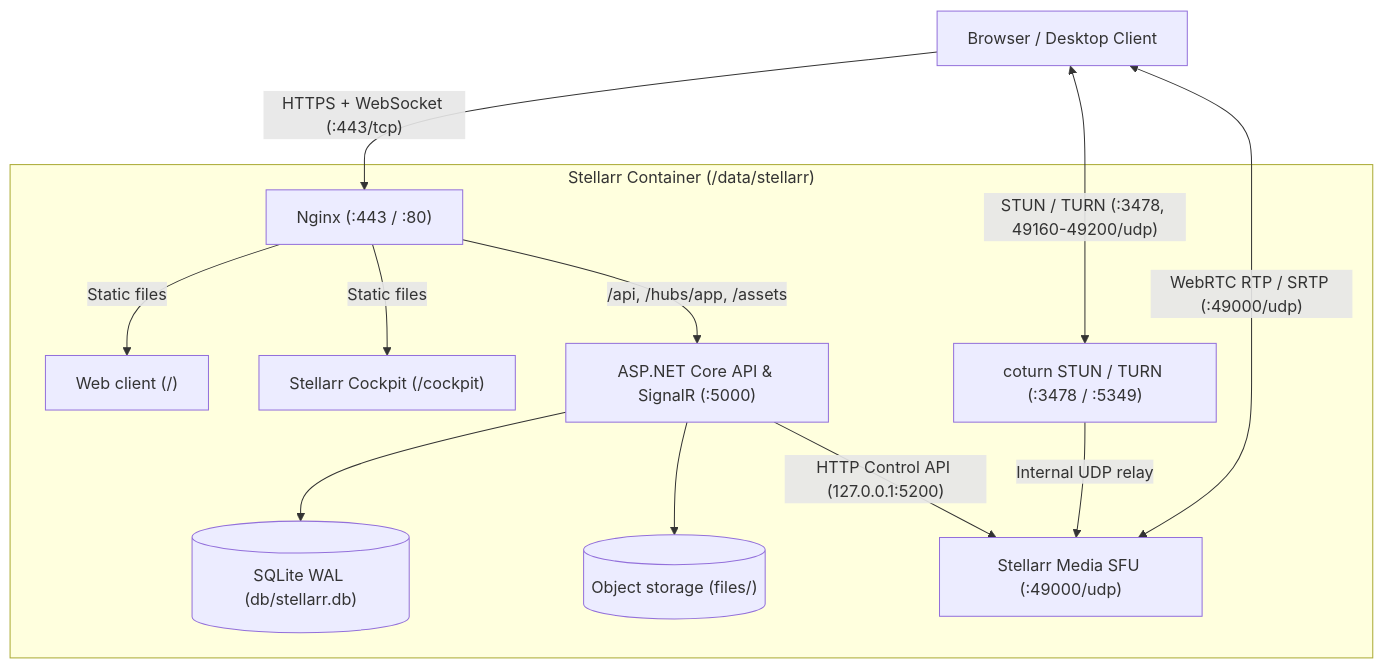
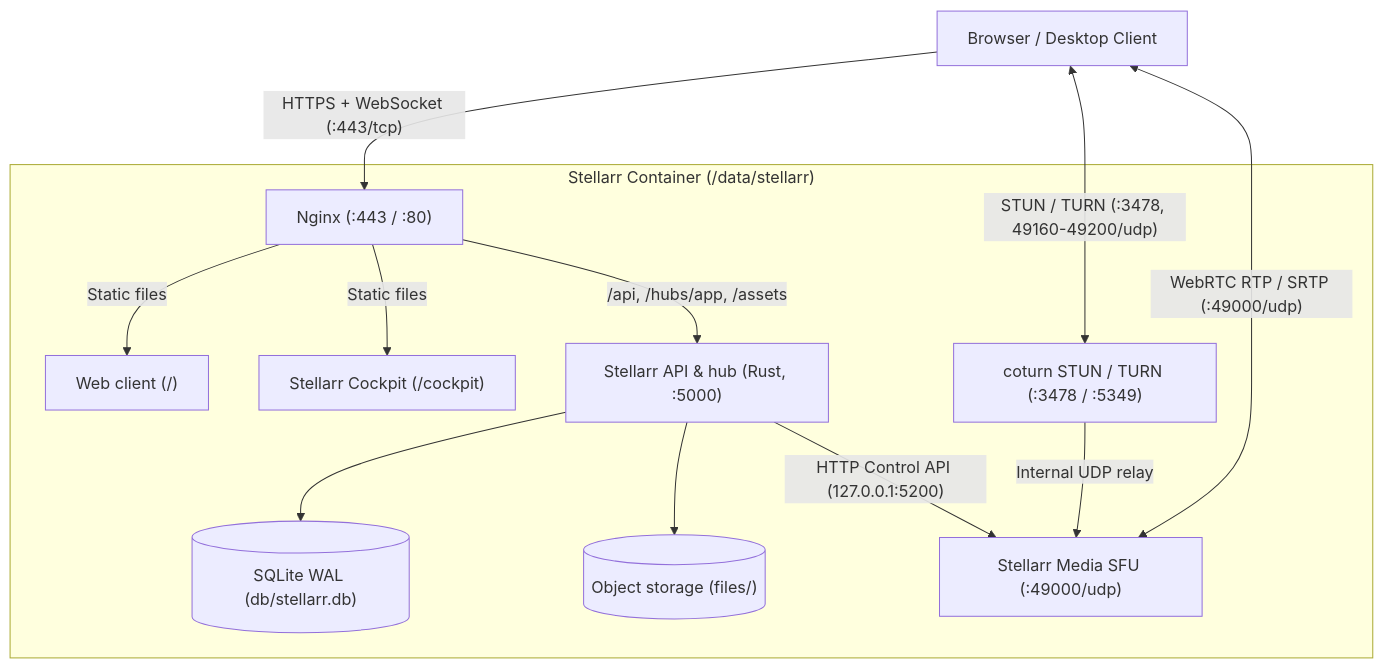
One commit to Arkazzae/Stellar changed the diagram in docs/architecture.md. Above: the diagram before and after it, drawn with Mermaid. The commit also changed other lines of this file and 8 other files, not shown here.

````diff
--- a/docs/architecture.md
+++ b/docs/architecture.md
@@ -9,27 +9,27 @@
 ```mermaid
 flowchart TD
     Browser["Browser / Desktop Client"]
 
     subgraph Container["Stellarr Container (/data/stellarr)"]
         Nginx["Nginx (:443 / :80)"]
         Web["Web client (/)"]
         Cockpit["Stellarr Cockpit (/cockpit)"]
-        Api["ASP.NET Core API & SignalR (:5000)"]
+        Api["Stellarr API & hub (Rust, :5000)"]
         Sqlite[("SQLite WAL (db/stellarr.db)")]
         Files[("Object storage (files/)")]
         Coturn["coturn STUN / TURN (:3478 / :5349)"]
         Media["Stellarr Media SFU (:49000/udp)"]
 
         Nginx -->|"Static files"| Web
         Nginx -->|"Static files"| Cockpit
         Nginx -->|"/api, /hubs/app, /assets"| Api
         Api --> Sqlite
         Api --> Files
         Api -->|"HTTP Control API (127.0.0.1:5200)"| Media
         Coturn -->|"Internal UDP relay"| Media
     end
 
     Browser -->|"HTTPS + WebSocket (:443/tcp)"| Nginx
     Browser <-->|"STUN / TURN (:3478, 49160-49200/udp)"| Coturn
     Browser <-->|"WebRTC RTP / SRTP (:49000/udp)"| Media
 ```
````
